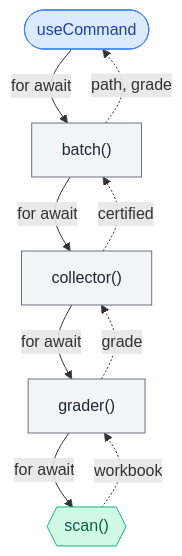
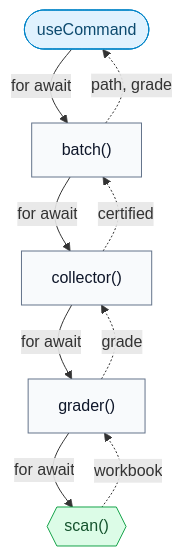
Before and after one commit to correxit/correxit: the second of 2 diagrams in DESIGN.md, drawn with Mermaid. The commit also changed other lines of this file and 3 other files, not shown here.

Commit message:
docs: Update the Correxit design document flow diagrams (#38)

````diff
--- a/DESIGN.md
+++ b/DESIGN.md
@@ -155,21 +148,21 @@
 ```mermaid
-graph TB
-    classDef ui fill:#dbeafe,stroke:#3b82f6,color:#1e40af
-    classDef gen fill:#f3f4f6,stroke:#6b7280,color:#1f2937
-    classDef src fill:#d1fae5,stroke:#10b981,color:#065f46
+flowchart TB
+  classDef ui fill:#e0f2fe,stroke:#0284c7,color:#0c4a6e,stroke-width:1px
+  classDef gen fill:#f8fafc,stroke:#64748b,color:#0f172a,stroke-width:1px
+  classDef src fill:#dcfce7,stroke:#16a34a,color:#14532d,stroke-width:1px
 
     UI(["useCommand"]):::ui
     B["batch()"]:::gen
     CO["collector()"]:::gen
     G["grader()"]:::gen
     SC{{"scan()"}}:::src
 
-    UI -- for await --> B
-    B -- for await --> CO
-    CO -- for await --> G
-    G -- for await --> SC
+  UI -->|for await| B
+  B -->|for await| CO
+  CO -->|for await| G
+  G -->|for await| SC
     SC -. workbook .-> G
     G -. grade .-> CO
     CO -. certified .-> B
     B -. "path, grade" .-> UI
 ```
````
